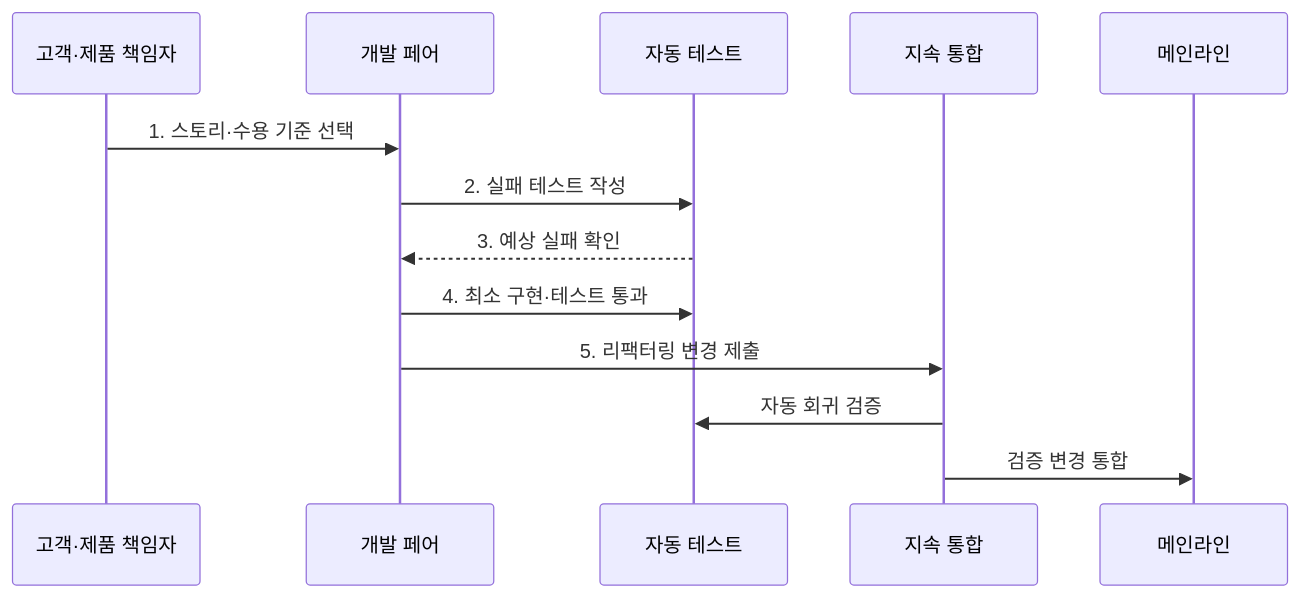
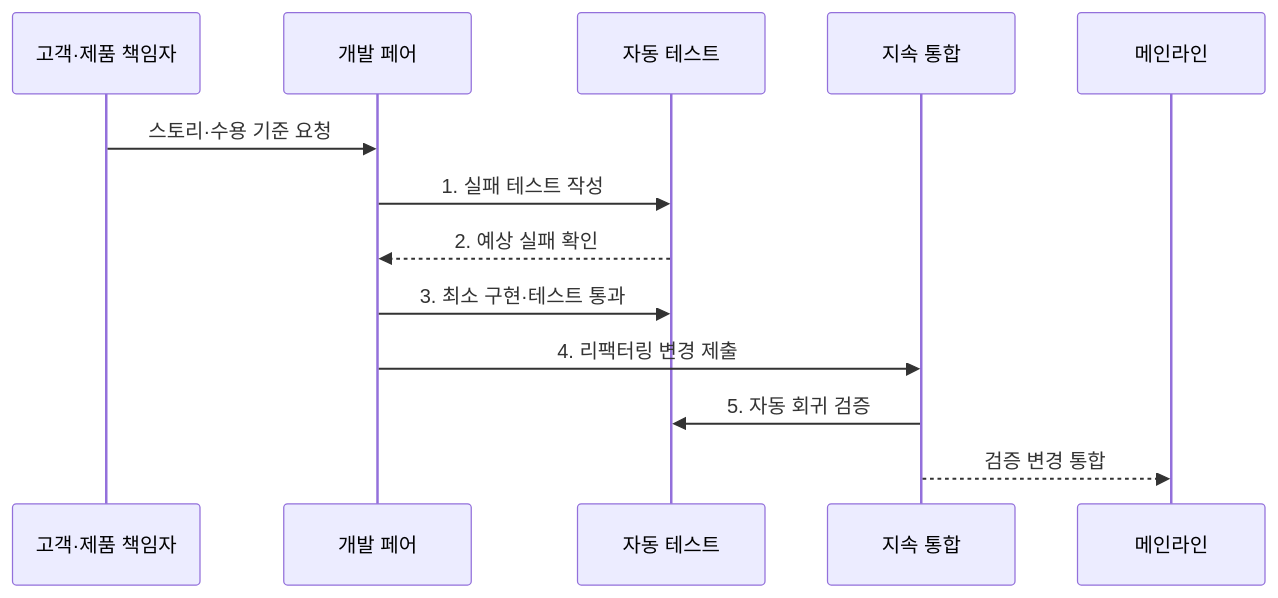
The second of 2 diagrams in src/content/docs/notes/03-software/034_extreme_programming.md (agnusdei1207/knowledge-base), drawn with Mermaid before and after one commit. The commit also changed other lines of this file and 20 other files, not shown here.

````diff
--- a/src/content/docs/notes/03-software/034_extreme_programming.md
+++ b/src/content/docs/notes/03-software/034_extreme_programming.md
@@ -85,16 +85,16 @@
 ```mermaid
 sequenceDiagram
     participant C as 고객·제품 책임자
     participant P as 개발 페어
     participant T as 자동 테스트
     participant I as 지속 통합
     participant M as 메인라인
 
-    C->>P: 1. 스토리·수용 기준 선택
-    P->>T: 2. 실패 테스트 작성
-    T-->>P: 3. 예상 실패 확인
-    P->>T: 4. 최소 구현·테스트 통과
-    P->>I: 5. 리팩터링 변경 제출
-    I->>T: 자동 회귀 검증
-    I->>M: 검증 변경 통합
+    C->>P: 스토리·수용 기준 요청
+    P->>T: 1. 실패 테스트 작성
+    T-->>P: 2. 예상 실패 확인
+    P->>T: 3. 최소 구현·테스트 통과
+    P->>I: 4. 리팩터링 변경 제출
+    I->>T: 5. 자동 회귀 검증
+    I-->>M: 검증 변경 통합
 ```
````
